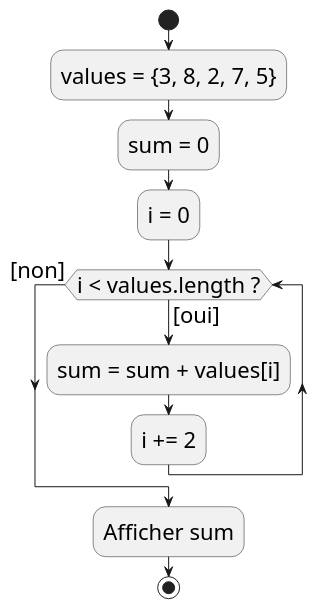
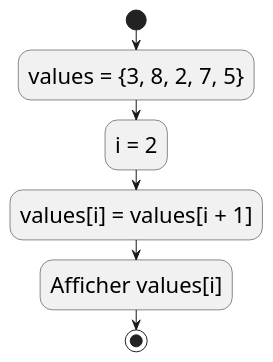
Before and after one commit to heig-vd-progim-course/heig-vd-progim1-course: the diagram in materiel/08-tableaux-et-lancement-du-mini-projet/diagrammes/a11.puml, drawn with PlantUML. The commit also changed 17 other files, not shown here.

```diff
--- a/materiel/08-tableaux-et-lancement-du-mini-projet/diagrammes/a11.puml
+++ b/materiel/08-tableaux-et-lancement-du-mini-projet/diagrammes/a11.puml
@@ -1,17 +1,13 @@
 @startuml a11
 skinparam backgroundColor transparent
 skinparam defaultFontName sans-serif
 skinparam defaultFontSize 22
 !pragma useVerticalIf on
 
 start
 :values = {3, 8, 2, 7, 5};
-:sum = 0;
-:i = 0;
-while (i < values.length ?) is ([oui])
-  :sum = sum + values[i];
-  :i += 2;
-endwhile ([non])
-:Afficher sum;
+:i = 2;
+:values[i] = values[i + 1];
+:Afficher values[i];
 stop
 @enduml
```
